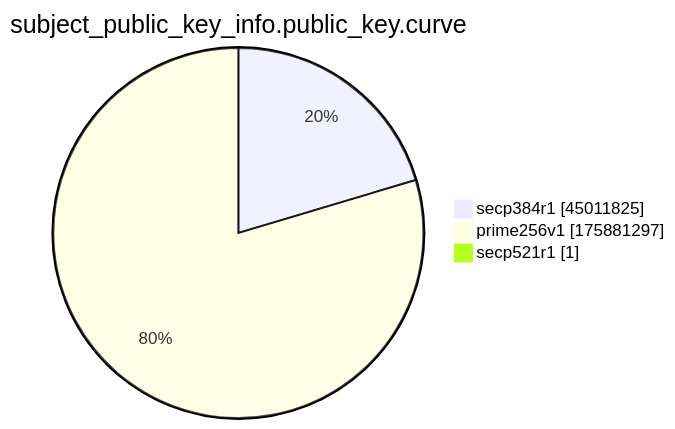
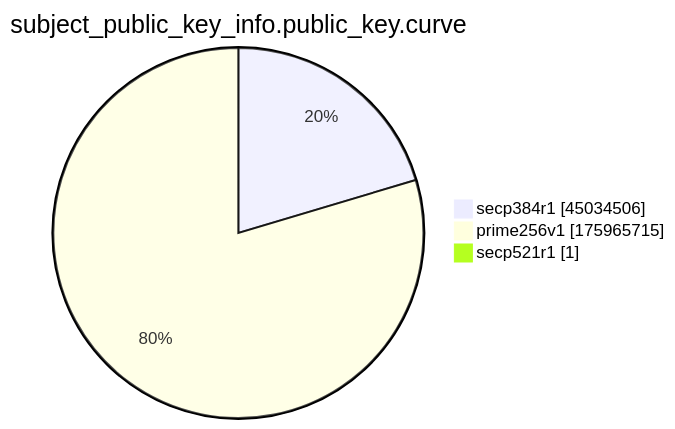
Before and after one commit to christiankrug/ctmonitor_visualization: the ninth of 15 diagrams in xenon2022/README.md, drawn with Mermaid. The commit also changed other lines of this file, not shown here.

````diff
--- a/xenon2022/README.md
+++ b/xenon2022/README.md
@@ -2872,7 +2872,7 @@
 ```mermaid
 pie showData
 title subject_public_key_info.public_key.curve
-"secp384r1" :45011825
-"prime256v1" :175881297
+"secp384r1" :45034506
+"prime256v1" :175965715
 "secp521r1" :1
 ```
````
